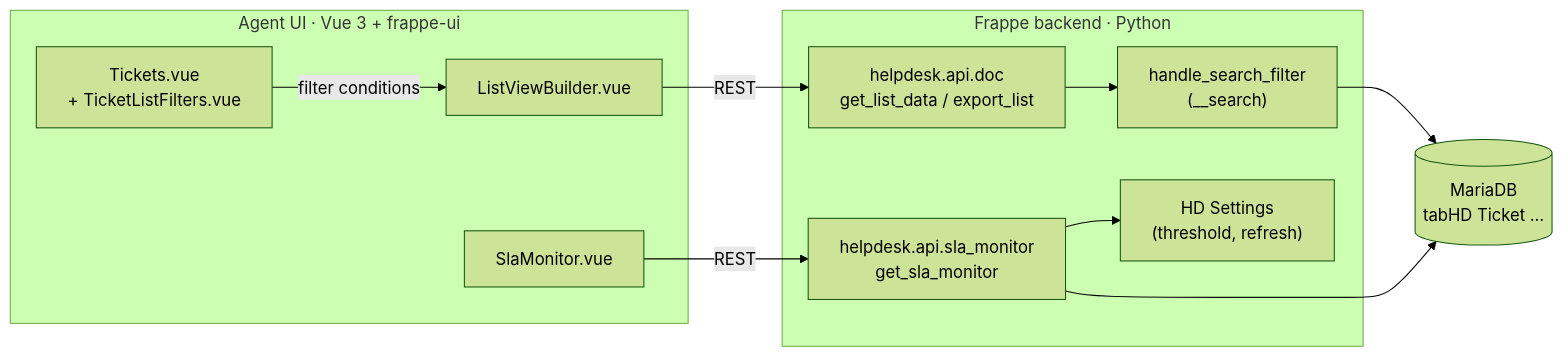
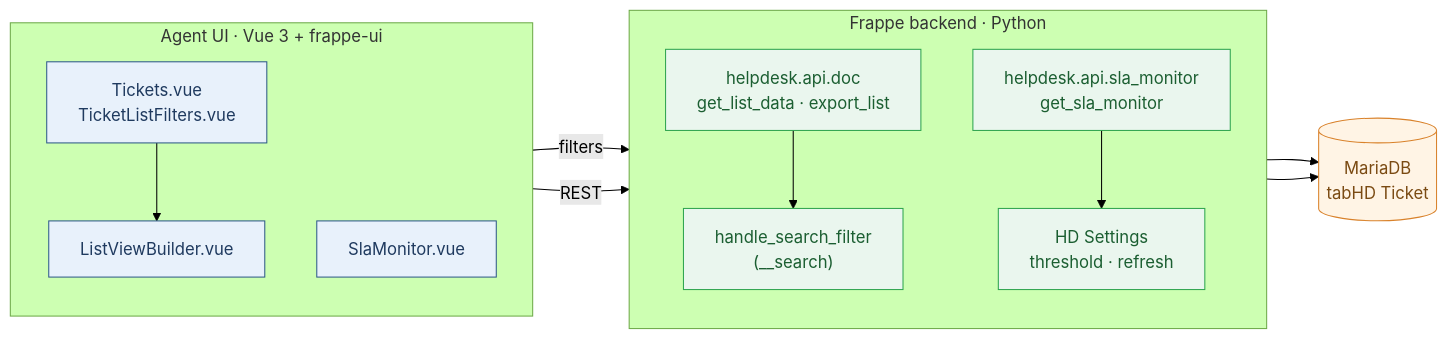
The first of 5 diagrams in README.md (suji2826/s-frappe-helpdesk), drawn with Mermaid (forest theme) before and after one commit. The commit also changed other lines of this file, not shown here.

````diff
--- a/README.md
+++ b/README.md
@@ -120,19 +76,28 @@
 ```mermaid
 flowchart LR
-    subgraph Browser["Agent UI · Vue 3 + frappe-ui"]
-        TL["Tickets.vue<br/>+ TicketListFilters.vue"]
+    subgraph UI["Agent UI · Vue 3 + frappe-ui"]
+        direction TB
+        TL["Tickets.vue<br/>TicketListFilters.vue"]
         LVB["ListViewBuilder.vue"]
         SM["SlaMonitor.vue"]
     end
-    subgraph Server["Frappe backend · Python"]
-        DOC["helpdesk.api.doc<br/>get_list_data / export_list"]
-        SF["handle_search_filter<br/>(__search)"]
+    subgraph API["Frappe backend · Python"]
+        direction TB
+        DOC["helpdesk.api.doc<br/>get_list_data · export_list"]
+        SRCH["handle_search_filter<br/>(__search)"]
         SLA["helpdesk.api.sla_monitor<br/>get_sla_monitor"]
-        SET["HD Settings<br/>(threshold, refresh)"]
+        SET["HD Settings<br/>threshold · refresh"]
     end
-    DB[("MariaDB<br/>tabHD Ticket …")]
+    DB[("MariaDB<br/>tabHD Ticket")]
 
-    TL -->|filter conditions| LVB -->|REST| DOC --> SF --> DB
+    TL --> LVB -->|filters| DOC --> SRCH --> DB
     SM -->|REST| SLA --> DB
     SLA --> SET
+
+    classDef ui fill:#E8F1FB,stroke:#2E5A88,color:#1F3A5F
+    classDef api fill:#EAF6EE,stroke:#2EA44F,color:#1B5E31
+    classDef db fill:#FFF4E5,stroke:#D9822B,color:#7A4A12
+    class TL,LVB,SM ui
+    class DOC,SRCH,SLA,SET api
+    class DB db
 ```
````
